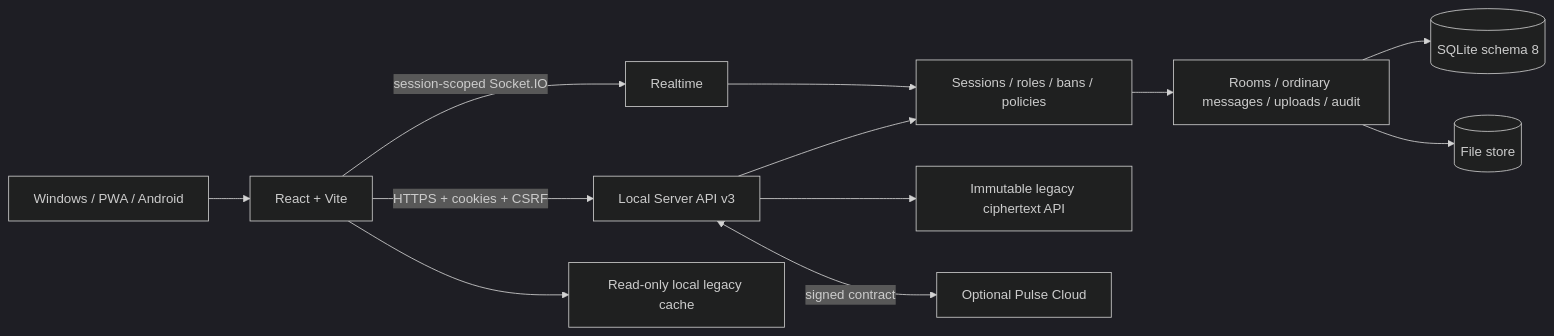
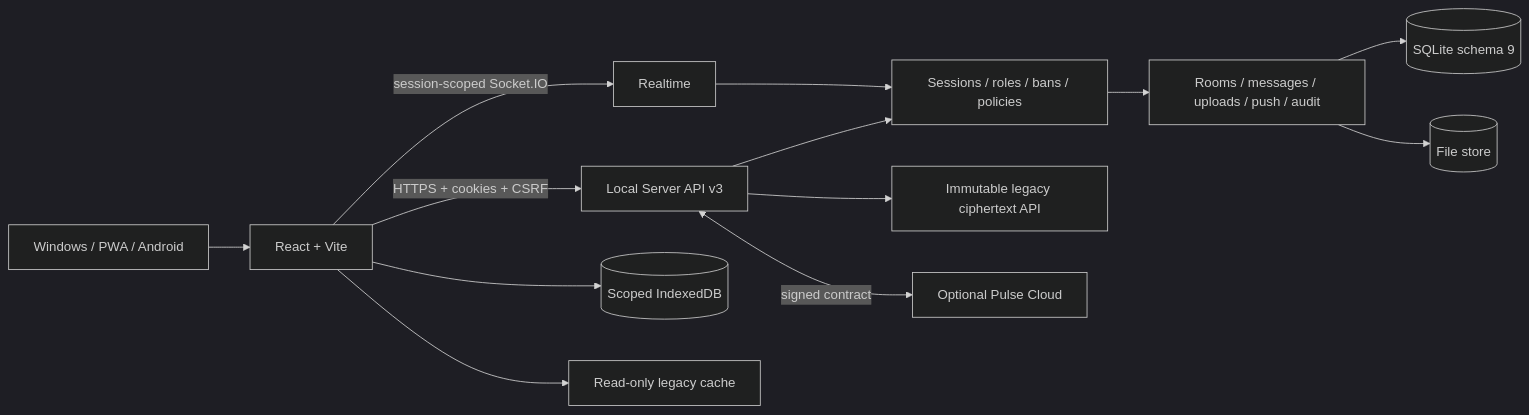
One commit to Onmaynec/Nexora changed the diagram in README.md. Above: the diagram before and after it, drawn with Mermaid (dark theme). The commit also changed other lines of this file, not shown here.

````diff
--- a/README.md
+++ b/README.md
@@ -124,14 +146,15 @@
 ```mermaid
 flowchart LR
   C[Windows / PWA / Android] --> UI[React + Vite]
   UI -->|HTTPS + cookies + CSRF| API[Local Server API v3]
   UI -->|session-scoped Socket.IO| RT[Realtime]
   API --> AUTH[Sessions / roles / bans / policies]
   RT --> AUTH
-  AUTH --> CORE[Rooms / ordinary messages / uploads / audit]
-  CORE --> DB[(SQLite schema 8)]
+  AUTH --> CORE[Rooms / messages / uploads / push / audit]
+  CORE --> DB[(SQLite schema 9)]
   CORE --> FILES[(File store)]
-  UI --> LEGACY[Read-only local legacy cache]
+  UI --> OFFLINE[(Scoped IndexedDB)]
+  UI --> LEGACY[Read-only legacy cache]
   API --> HIST[Immutable legacy ciphertext API]
   API <-->|signed contract| PULSE[Optional Pulse Cloud]
 ```
````
